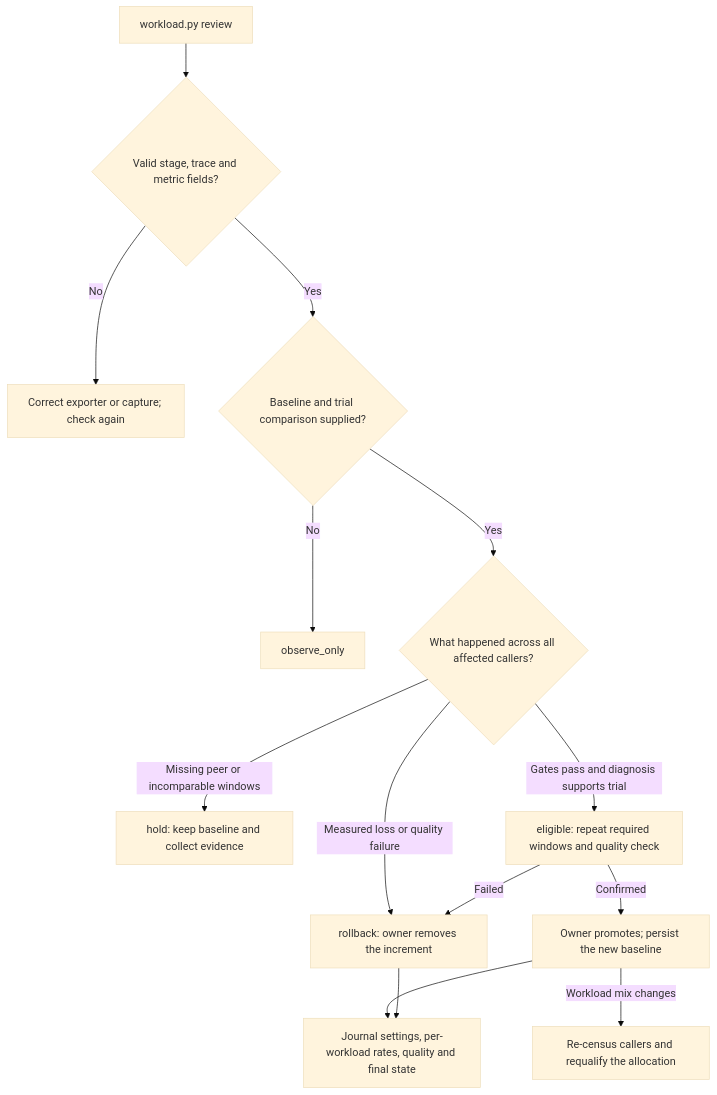
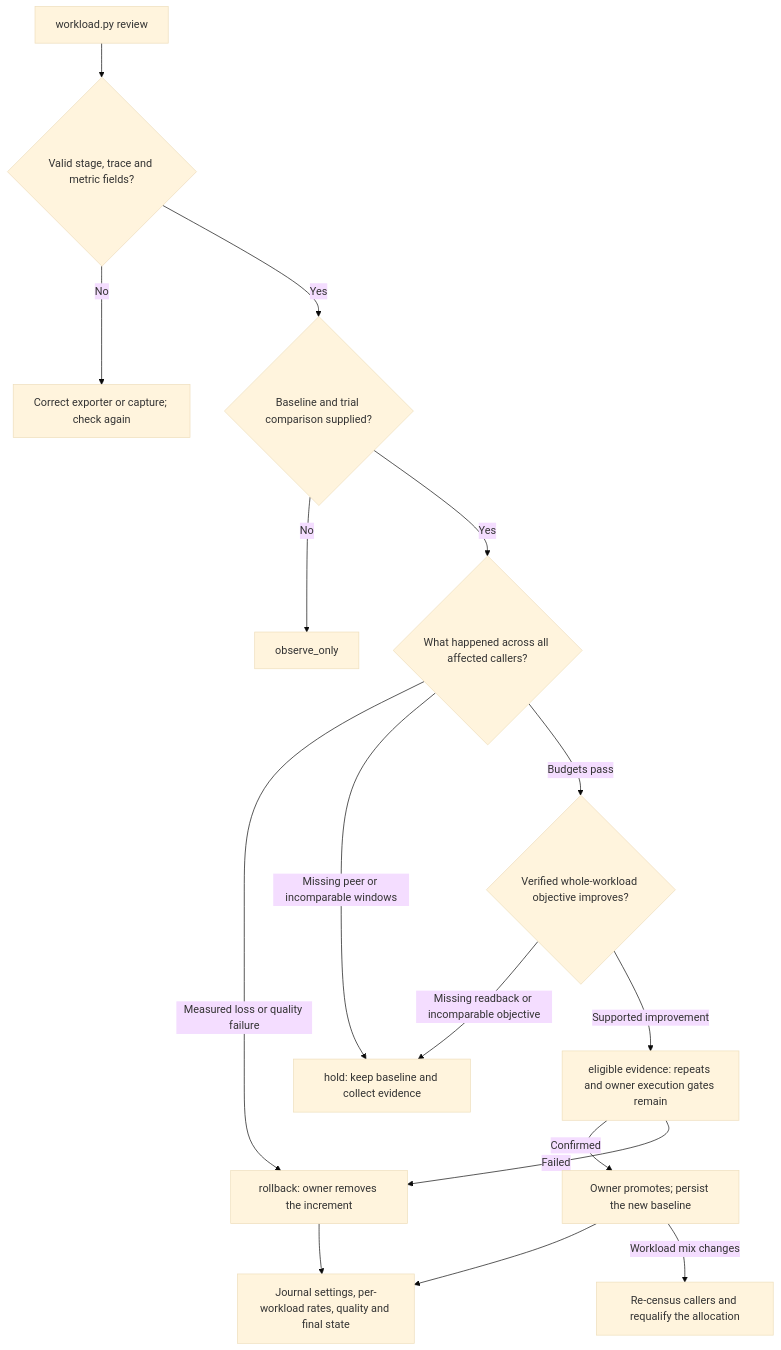
The fifth of 5 diagrams in docs/methodology/distributed-ai-performance.md (homeiac/home), drawn with Mermaid (base theme) before and after one commit. The commit also changed other lines of this file and 8 other files, not shown here.

````diff
--- a/docs/methodology/distributed-ai-performance.md
+++ b/docs/methodology/distributed-ai-performance.md
@@ -123,16 +166,18 @@
 ```mermaid
 flowchart TD
     A["workload.py review"] --> B{"Valid stage, trace and metric fields?"}
     B -->|No| X["Correct exporter or capture; check again"]
     B -->|Yes| C{"Baseline and trial comparison supplied?"}
     C -->|No| O["observe_only"]
     C -->|Yes| D{"What happened across all affected callers?"}
     D -->|Measured loss or quality failure| R["rollback: owner removes the increment"]
     D -->|Missing peer or incomparable windows| H["hold: keep baseline and collect evidence"]
-    D -->|Gates pass and diagnosis supports trial| E["eligible: repeat required windows and quality check"]
+    D -->|Budgets pass| T{"Verified whole-workload objective improves?"}
+    T -->|Missing readback or incomparable objective| H
+    T -->|Supported improvement| E["eligible evidence: repeats and owner execution gates remain"]
     E -->|Confirmed| P["Owner promotes; persist the new baseline"]
     E -->|Failed| R
     P --> J["Journal settings, per-workload rates, quality and final state"]
     R --> J
     P -->|Workload mix changes| N["Re-census callers and requalify the allocation"]
 ```
````
